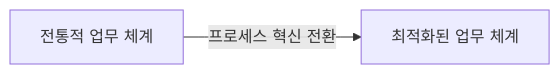
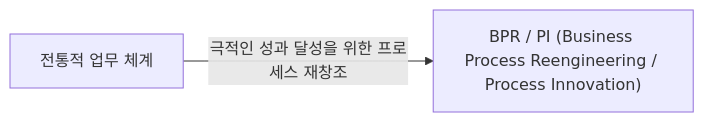
The first of 3 diagrams in docs/01-it-governance/bpr-pi.md (jeonck/fw-thinking), drawn with Mermaid before and after one commit. The commit also changed other lines of this file and 123 other files, not shown here.

````diff
--- a/docs/01-it-governance/bpr-pi.md
+++ b/docs/01-it-governance/bpr-pi.md
@@ -9,4 +8,4 @@
 ```mermaid
 flowchart LR
-    A["전통적 업무 체계"] -- "프로세스 혁신 전환" --> B["최적화된 업무 체계"]
+    A["전통적 업무 체계"] -- "극적인 성과 달성을 위한 프로세스 재창조" --> B["BPR / PI (Business Process Reengineering / Process Innovation)"]
 ```
````
